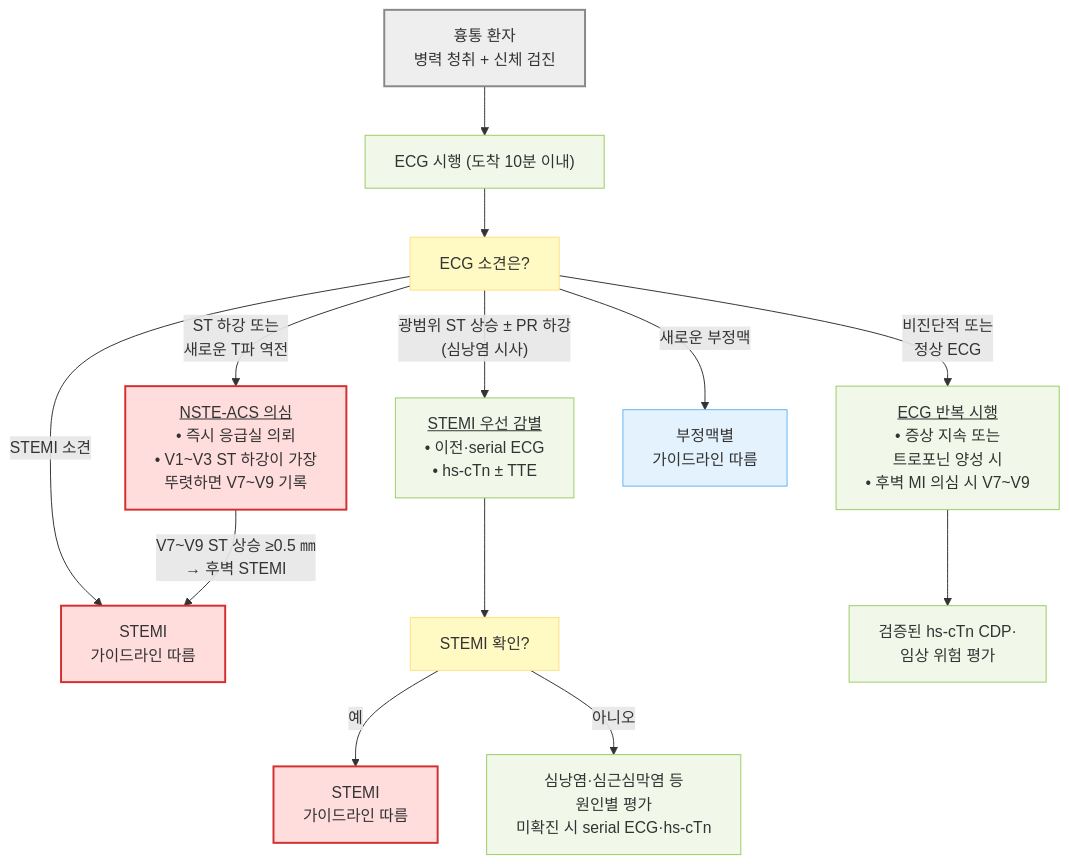
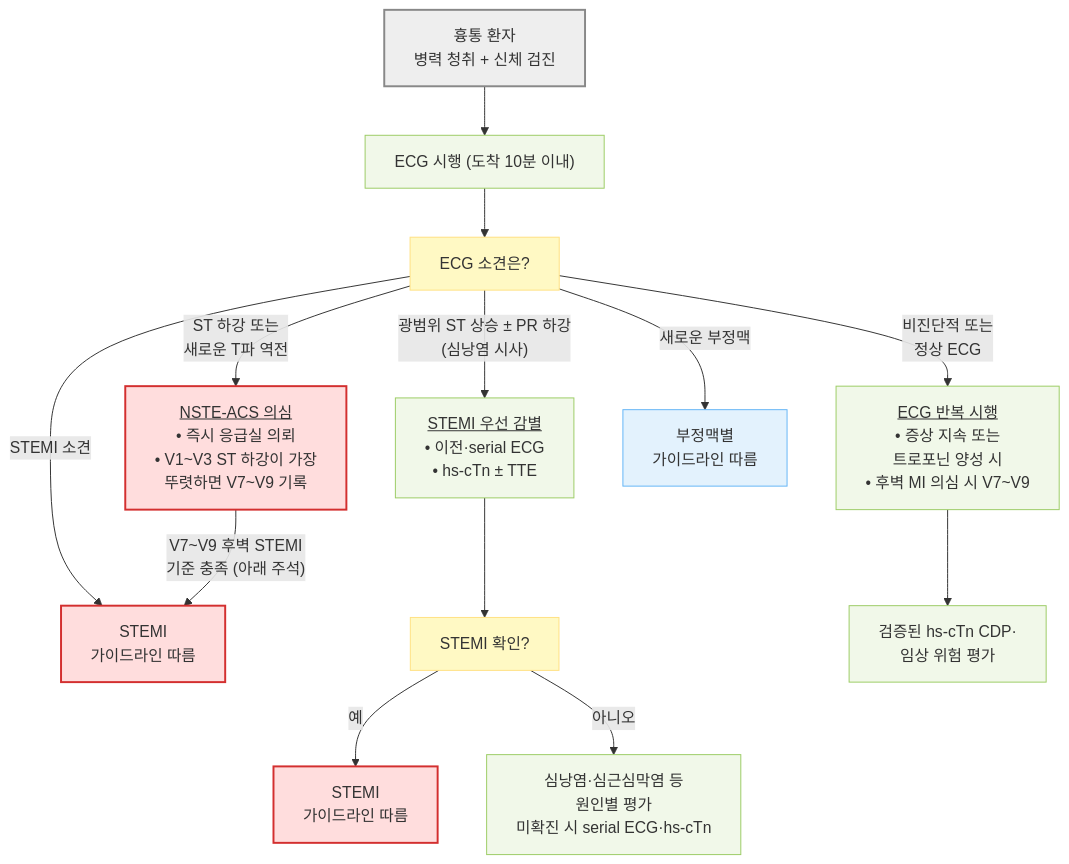
One commit to familyoh77/familyoh77 changed the second of 2 diagrams in 220_/002_-chest-pain.md. Above: the diagram before and after it, drawn with Mermaid. The commit also changed other lines of this file, not shown here.

````diff
--- a/220_/002_-chest-pain.md
+++ b/220_/002_-chest-pain.md
@@ -199,26 +205,26 @@
 ```mermaid
 flowchart TD
     A["흉통 환자<br/>병력 청취 + 신체 검진"] --> B["ECG 시행 (도착 10분 이내)"]
     B --> C["ECG 소견은?"]
     C -- "STEMI 소견" --> N["STEMI <br/>가이드라인 따름"]
     C -- "광범위 ST 상승 ± PR 하강 <br/>(심낭염 시사)" --> G["<u>STEMI 우선 감별</u><br/>• 이전·serial ECG<br/>• hs-cTn ± TTE"]
     C -- "ST 하강 또는 <br/>새로운 T파 역전" --> H["<u>NSTE-ACS 의심</u><br/>• 즉시 응급실 의뢰<br/>• V1~V3 ST 하강이 가장 <br/>뚜렷하면 V7~V9 기록"]
-    H -- "V7~V9 ST 상승 ≥0.5 ㎜ <br/>→ 후벽 STEMI" --> N
+    H -- "V7~V9 후벽 STEMI<br/>기준 충족 (아래 주석)" --> N
     C -- "비진단적 또는 <br/>정상 ECG" --> E["<u>ECG 반복 시행</u><br/>• 증상 지속 또는 <br/>트로포닌 양성 시<br/>• 후벽 MI 의심 시 V7~V9"]
     C -- "새로운 부정맥" --> M["부정맥별 <br/>가이드라인 따름"]
     G --> Q["STEMI 확인?"]
     Q -- "예" --> N1["STEMI <br/>가이드라인 따름"]
     Q -- "아니오" --> P["심낭염·심근심막염 등 <br/>원인별 평가<br/>미확진 시 serial ECG·hs-cTn"]
     E --> T["검증된 hs-cTn CDP·<br/>임상 위험 평가"]
 
     classDef start fill:#eeeeee,stroke:#888888,stroke-width:2px
     classDef question fill:#fff9c4,stroke:#ffe082
     classDef emergency fill:#ffdddd,stroke:#d32f2f,stroke-width:2px
     classDef evaluation fill:#f1f8e9,stroke:#9ccc65
     classDef treatment fill:#e3f2fd,stroke:#64b5f6
     class A start
     class C,Q question
     class N,N1,H emergency
     class B,G,E,T,P evaluation
     class M treatment
 ```
````
